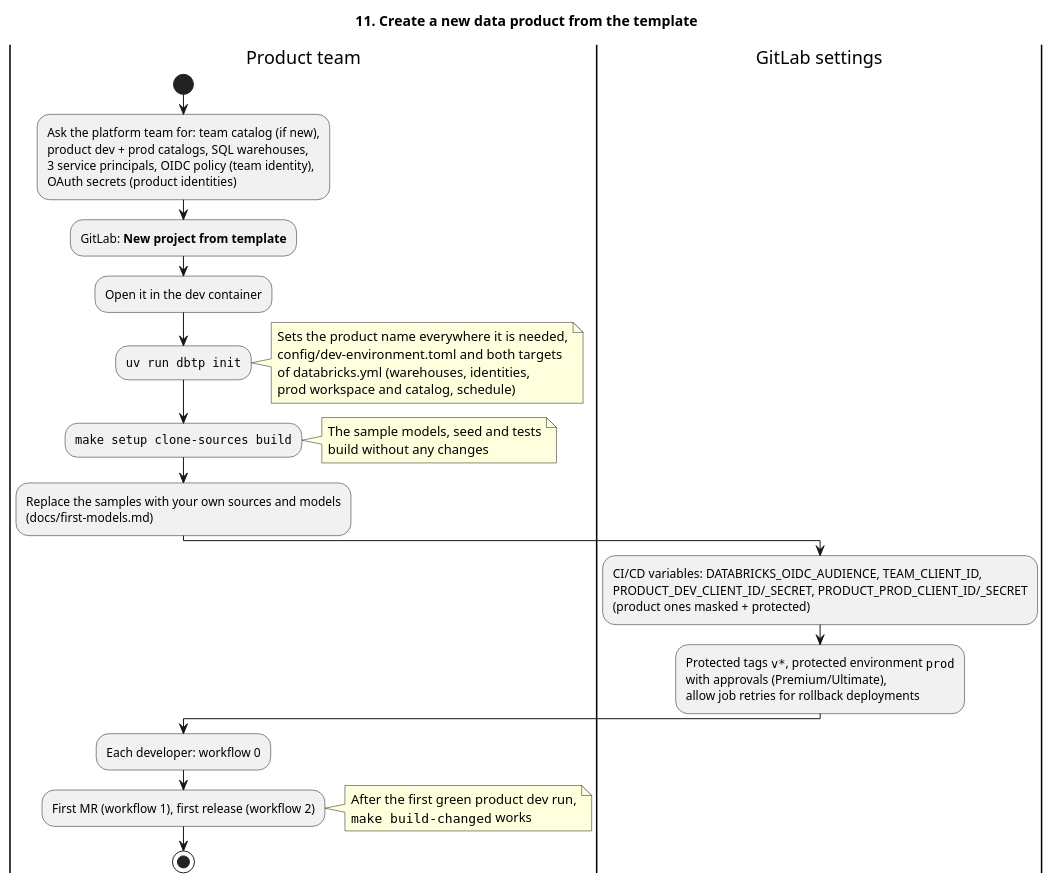
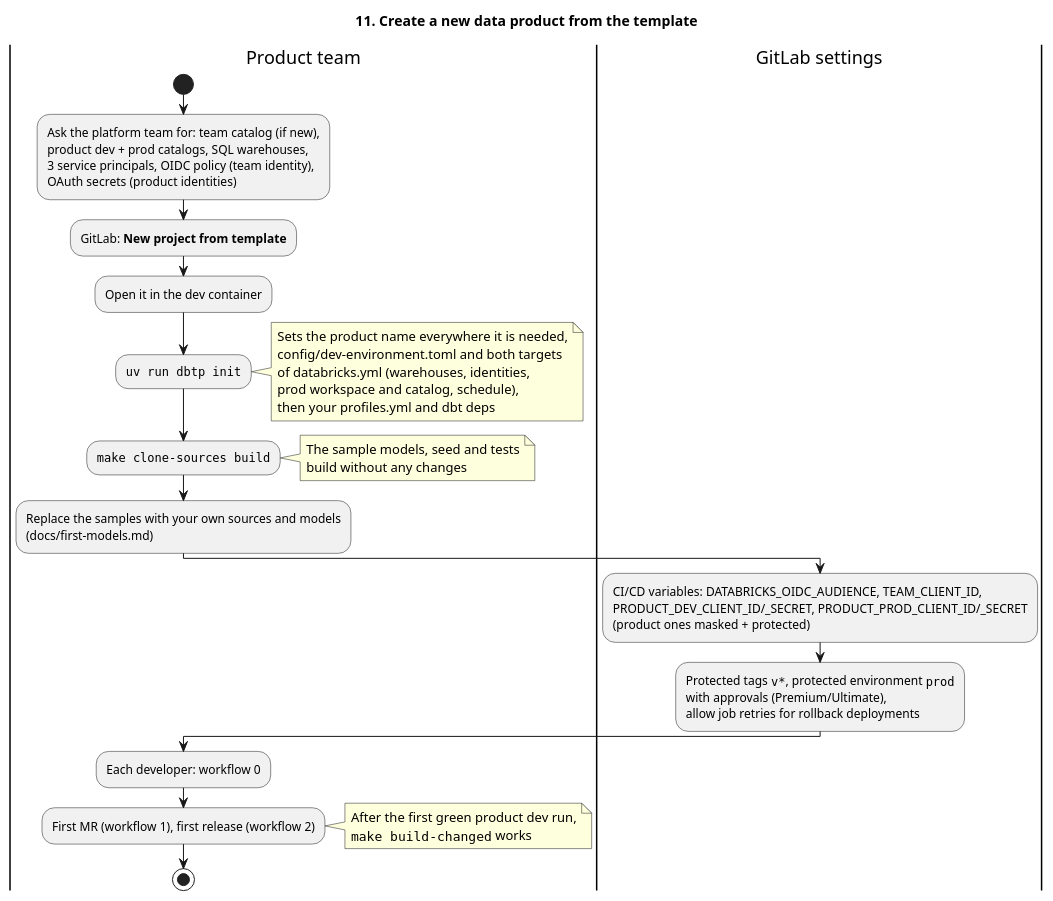
One commit to PeterHenell/dbt-databricks-template changed diagram 11 of 11 in docs/workflows.md. Above: the diagram before and after it, drawn with PlantUML. The commit also changed other lines of this file and 19 other files, not shown here.

First line of the commit message:
Merge make setup into dbtp init

````diff
--- a/docs/workflows.md
+++ b/docs/workflows.md
@@ -647,43 +648,44 @@
 ```plantuml
 @startuml workflow-11-new-product
 title 11. Create a new data product from the template
 
 |Product team|
 start
 :Ask the platform team for: team catalog (if new),
 product dev + prod catalogs, SQL warehouses,
 3 service principals, OIDC policy (team identity),
 OAuth secrets (product identities);
 :GitLab: **New project from template**;
 :Open it in the dev container;
 :""uv run dbtp init"";
 note right
   Sets the product name everywhere it is needed,
   config/dev-environment.toml and both targets
   of databricks.yml (warehouses, identities,
-  prod workspace and catalog, schedule)
+  prod workspace and catalog, schedule),
+  then your profiles.yml and dbt deps
 end note
-:""make setup clone-sources build"";
+:""make clone-sources build"";
 note right
   The sample models, seed and tests
   build without any changes
 end note
 :Replace the samples with your own sources and models
 (docs/first-models.md);
 |GitLab settings|
 :CI/CD variables: DATABRICKS_OIDC_AUDIENCE, TEAM_CLIENT_ID,
 PRODUCT_DEV_CLIENT_ID/_SECRET, PRODUCT_PROD_CLIENT_ID/_SECRET
 (product ones masked + protected);
 :Protected tags ""v*"", protected environment ""prod""
 with approvals (Premium/Ultimate),
 allow job retries for rollback deployments;
 |Product team|
 :Each developer: workflow 0;
 :First MR (workflow 1), first release (workflow 2);
 note right
   After the first green product dev run,
   ""make build-changed"" works
 end note
 stop
 @enduml
 ```
````
